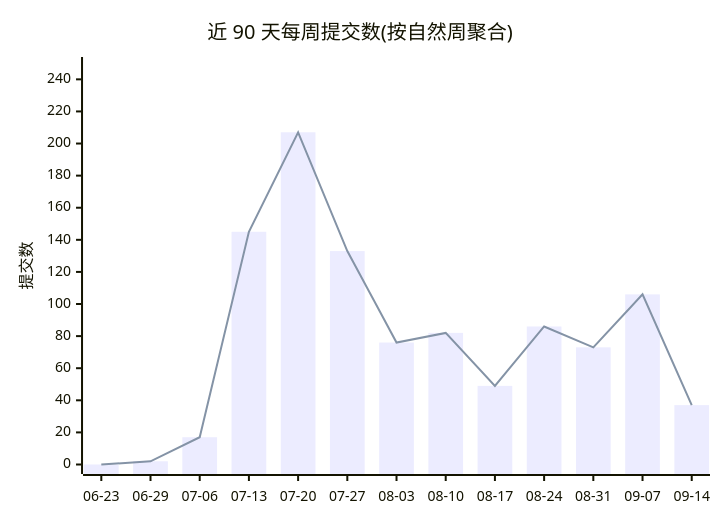
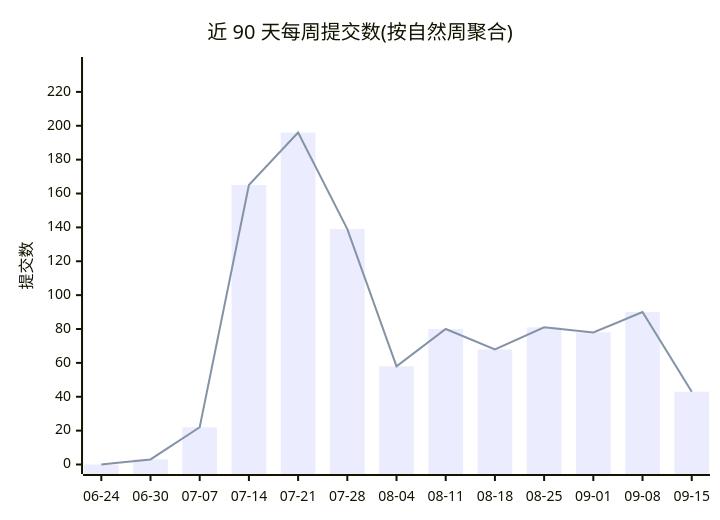
The first of 2 diagrams in profile/README.md (Conflux-Union/.github), drawn with Mermaid before and after one commit. The commit also changed other lines of this file and 1 other file, not shown here.

````diff
--- a/profile/README.md
+++ b/profile/README.md
@@ -44,8 +44,8 @@
 ```mermaid
 xychart-beta
     title "近 90 天每周提交数(按自然周聚合)"
-    x-axis ["06-23", "06-29", "07-06", "07-13", "07-20", "07-27", "08-03", "08-10", "08-17", "08-24", "08-31", "09-07", "09-14"]
-    y-axis "提交数" 0 --> 248
-    bar [0, 2, 17, 145, 207, 133, 76, 82, 49, 86, 73, 106, 37]
-    line [0, 2, 17, 145, 207, 133, 76, 82, 49, 86, 73, 106, 37]
+    x-axis ["06-24", "06-30", "07-07", "07-14", "07-21", "07-28", "08-04", "08-11", "08-18", "08-25", "09-01", "09-08", "09-15"]
+    y-axis "提交数" 0 --> 235
+    bar [0, 3, 22, 165, 196, 139, 58, 80, 68, 81, 78, 90, 43]
+    line [0, 3, 22, 165, 196, 139, 58, 80, 68, 81, 78, 90, 43]
 ```
````
